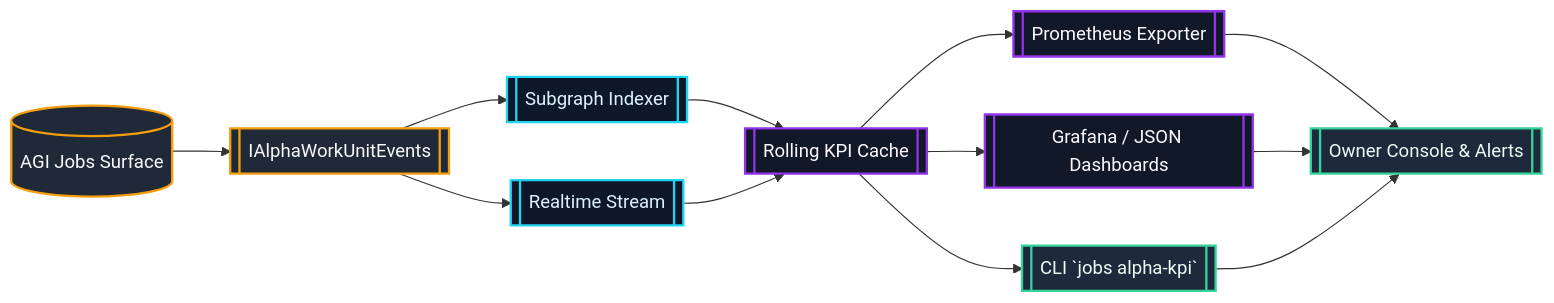
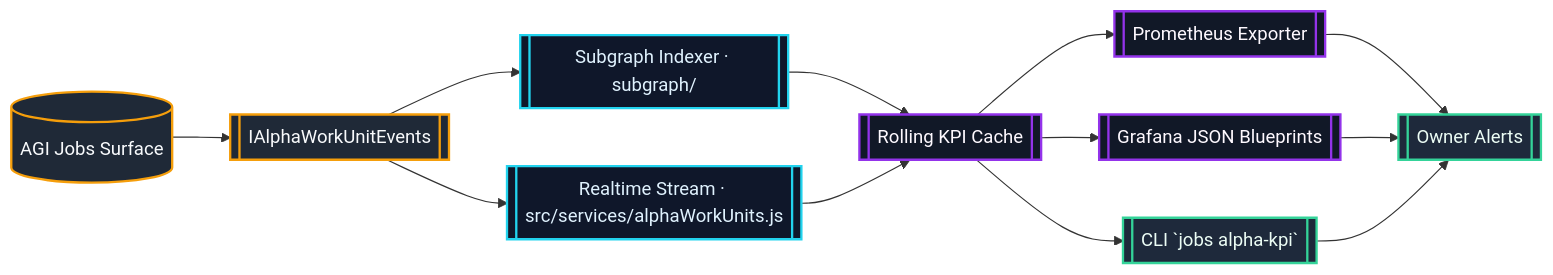
Before and after one commit to MontrealAI/AGI-Alpha-Node-v0: the fourth of 5 diagrams in README.md, drawn with Mermaid. The commit also changed other lines of this file, not shown here.

Commit message:
revamp readme architecture

````diff
--- a/README.md
+++ b/README.md
@@ -162,19 +159,19 @@
 ```mermaid
 flowchart LR
   classDef chain fill:#1f2937,stroke:#f59e0b,stroke-width:2px,color:#f8fafc;
   classDef runtime fill:#0f172a,stroke:#22d3ee,stroke-width:2px,color:#e0f2fe;
   classDef insight fill:#111827,stroke:#9333ea,stroke-width:2px,color:#fef9ff;
   classDef command fill:#1e293b,stroke:#34d399,stroke-width:2px,color:#ecfdf5;
 
   OnChain[(AGI Jobs Surface)]:::chain --> Events[[IAlphaWorkUnitEvents]]:::chain
-  Events --> Indexer[[Subgraph Indexer]]:::runtime
-  Events --> Streamer[[Realtime Stream]]:::runtime
+  Events --> Indexer[[Subgraph Indexer · subgraph/]]:::runtime
+  Events --> Streamer[[Realtime Stream · src/services/alphaWorkUnits.js]]:::runtime
   Indexer --> KPICache[[Rolling KPI Cache]]:::insight
   Streamer --> KPICache
   KPICache --> Prometheus[[Prometheus Exporter]]:::insight
-  KPICache --> Dashboards[[Grafana / JSON Dashboards]]:::insight
+  KPICache --> Dashboards[[Grafana JSON Blueprints]]:::insight
   KPICache --> CLI[[CLI `jobs alpha-kpi`]]:::command
-  Prometheus --> Owner[[Owner Console & Alerts]]:::command
+  Prometheus --> Owner[[Owner Alerts]]:::command
   Dashboards --> Owner
   CLI --> Owner
 ```
````
